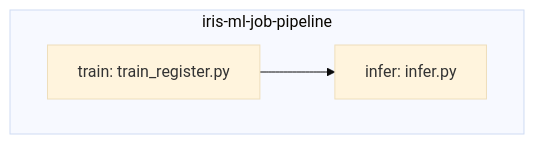
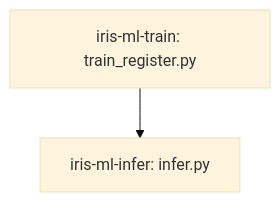
One commit to akumawavez/iris-ml-prod-test changed the diagram in docs/guides/eli25-jobs-and-serving.md. Above: the diagram before and after it, drawn with Mermaid (base theme). The commit also changed other lines of this file and 77 other files, not shown here.

````diff
--- a/docs/guides/eli25-jobs-and-serving.md
+++ b/docs/guides/eli25-jobs-and-serving.md
@@ -29,6 +33,4 @@
 ```mermaid
 flowchart TD
-  subgraph chained ["iris-ml-job-pipeline"]
-    train["train: train_register.py"] --> infer["infer: infer.py"]
-  end
+  train["iris-ml-train: train_register.py"] --> infer["iris-ml-infer: infer.py"]
 ```
````
